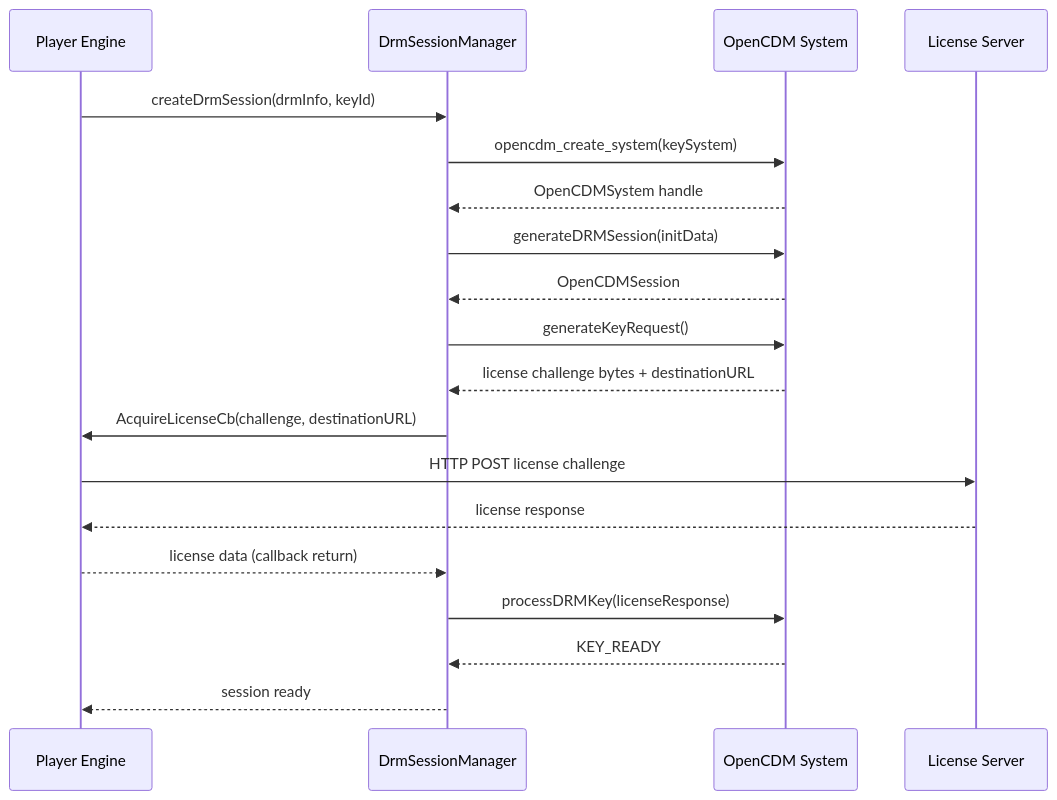
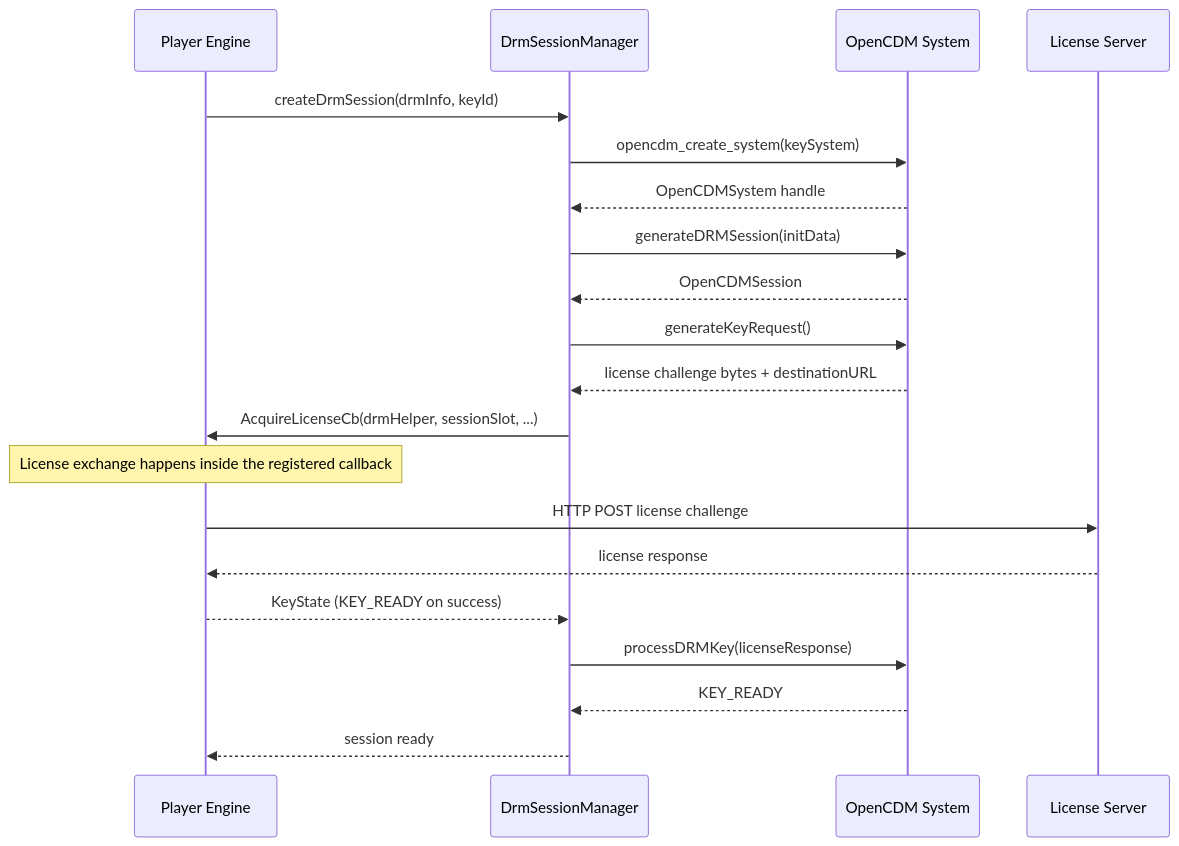
One commit to rdkcentral/middleware-player-interface changed the sixth of 7 diagrams in README.md. Above: the diagram before and after it, drawn with Mermaid. The commit also changed other lines of this file, not shown here.

````diff
--- a/README.md
+++ b/README.md
@@ -371,22 +373,23 @@
 ```mermaid
 sequenceDiagram
     participant Engine as Player Engine
     participant DrmMgr as DrmSessionManager
     participant OCDM as OpenCDM System
     participant LicServer as License Server
 
     Engine->>DrmMgr: createDrmSession(drmInfo, keyId)
     DrmMgr->>OCDM: opencdm_create_system(keySystem)
     OCDM-->>DrmMgr: OpenCDMSystem handle
     DrmMgr->>OCDM: generateDRMSession(initData)
     OCDM-->>DrmMgr: OpenCDMSession
     DrmMgr->>OCDM: generateKeyRequest()
     OCDM-->>DrmMgr: license challenge bytes + destinationURL
-    DrmMgr->>Engine: AcquireLicenseCb(challenge, destinationURL)
+    DrmMgr->>Engine: AcquireLicenseCb(drmHelper, sessionSlot, ...)
+    Note over Engine: License exchange happens inside the registered callback
     Engine->>LicServer: HTTP POST license challenge
     LicServer-->>Engine: license response
-    Engine-->>DrmMgr: license data (callback return)
+    Engine-->>DrmMgr: KeyState (KEY_READY on success)
     DrmMgr->>OCDM: processDRMKey(licenseResponse)
     OCDM-->>DrmMgr: KEY_READY
     DrmMgr-->>Engine: session ready
 ```
````
